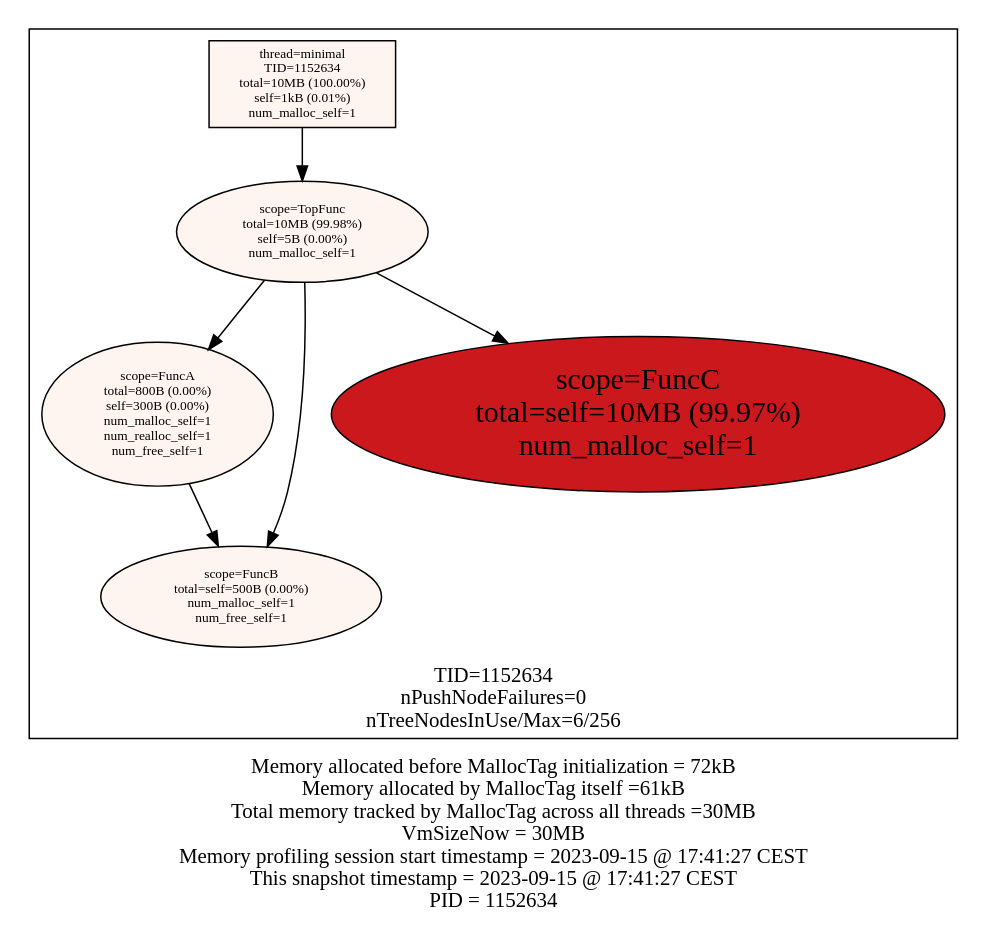
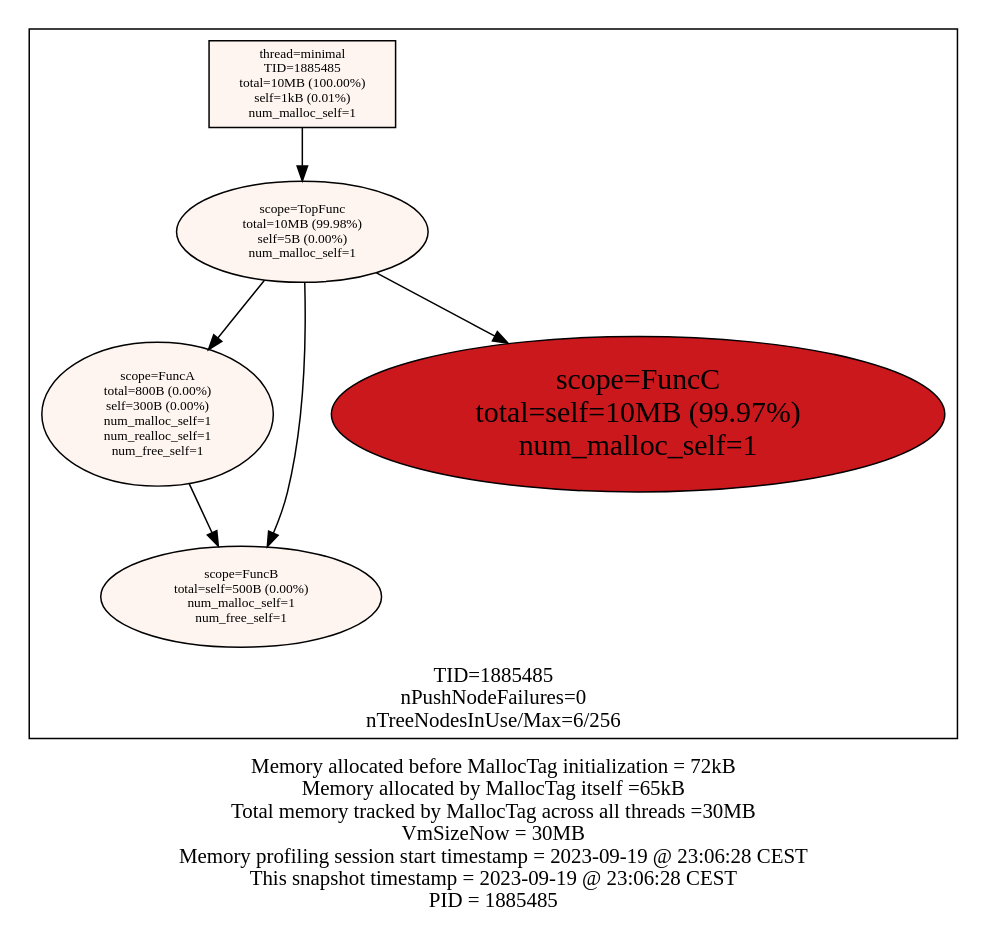
One commit to f18m/malloc-tag changed the diagram in examples/minimal/minimal_stats.dot. Above: the diagram before and after it, drawn with Graphviz. The commit also changed 22 other files, not shown here.

```diff
--- a/examples/minimal/minimal_stats.dot
+++ b/examples/minimal/minimal_stats.dot
@@ -1,22 +1,22 @@
 digraph MallocTree {
  node [colorscheme=reds9 style=filled]
- subgraph cluster_TID1152634 {
+ subgraph cluster_TID1885485 {
   node [colorscheme=reds9 style=filled]
   labelloc="b"
-  label="TID=1152634\nnPushNodeFailures=0\nnTreeNodesInUse/Max=6/256\n"
-  "1152634_minimal" [label="thread=minimal\nTID=1152634\ntotal=10MB (100.00%)\nself=1kB (0.01%)\nnum_malloc_self=1" shape=box fillcolor=1 fontsize=9]
-  "1152634_minimal" -> "1152634_TopFunc"
-  "1152634_TopFunc" [label="scope=TopFunc\ntotal=10MB (99.98%)\nself=5B (0.00%)\nnum_malloc_self=1" fillcolor=1 fontsize=9]
-  "1152634_TopFunc" -> "1152634_FuncA"
-  "1152634_TopFunc" -> "1152634_FuncB"
-  "1152634_TopFunc" -> "1152634_FuncC"
-  "1152634_FuncA" [label="scope=FuncA\ntotal=800B (0.00%)\nself=300B (0.00%)\nnum_malloc_self=1\nnum_realloc_self=1\nnum_free_self=1" fillcolor=1 fontsize=9]
-  "1152634_FuncA" -> "1152634_FuncB"
-  "1152634_FuncB" [label="scope=FuncB\ntotal=self=500B (0.00%)\nnum_malloc_self=1\nnum_free_self=1" fillcolor=1 fontsize=9]
-  "1152634_FuncB" [label="scope=FuncB\ntotal=self=500B (0.00%)\nnum_malloc_self=1\nnum_free_self=1" fillcolor=1 fontsize=9]
-  "1152634_FuncC" [label="scope=FuncC\ntotal=self=10MB (99.97%)\nnum_malloc_self=1" fillcolor=7 fontsize=20]
+  label="TID=1885485\nnPushNodeFailures=0\nnTreeNodesInUse/Max=6/256\n"
+  "1885485_minimal" [label="thread=minimal\nTID=1885485\ntotal=10MB (100.00%)\nself=1kB (0.01%)\nnum_malloc_self=1" shape=box fillcolor=1 fontsize=9]
+  "1885485_minimal" -> "1885485_TopFunc"
+  "1885485_TopFunc" [label="scope=TopFunc\ntotal=10MB (99.98%)\nself=5B (0.00%)\nnum_malloc_self=1" fillcolor=1 fontsize=9]
+  "1885485_TopFunc" -> "1885485_FuncA"
+  "1885485_TopFunc" -> "1885485_FuncB"
+  "1885485_TopFunc" -> "1885485_FuncC"
+  "1885485_FuncA" [label="scope=FuncA\ntotal=800B (0.00%)\nself=300B (0.00%)\nnum_malloc_self=1\nnum_realloc_self=1\nnum_free_self=1" fillcolor=1 fontsize=9]
+  "1885485_FuncA" -> "1885485_FuncB"
+  "1885485_FuncB" [label="scope=FuncB\ntotal=self=500B (0.00%)\nnum_malloc_self=1\nnum_free_self=1" fillcolor=1 fontsize=9]
+  "1885485_FuncB" [label="scope=FuncB\ntotal=self=500B (0.00%)\nnum_malloc_self=1\nnum_free_self=1" fillcolor=1 fontsize=9]
+  "1885485_FuncC" [label="scope=FuncC\ntotal=self=10MB (99.97%)\nnum_malloc_self=1" fillcolor=7 fontsize=20]
  }
 
  labelloc="b"
- label="Memory allocated before MallocTag initialization = 72kB\nMemory allocated by MallocTag itself =61kB\nTotal memory tracked by MallocTag across all threads =30MB\nVmSizeNow = 30MB\nMemory profiling session start timestamp = 2023-09-15 @ 17:41:27 CEST\nThis snapshot timestamp = 2023-09-15 @ 17:41:27 CEST\nPID = 1152634\n"
+ label="Memory allocated before MallocTag initialization = 72kB\nMemory allocated by MallocTag itself =65kB\nTotal memory tracked by MallocTag across all threads =30MB\nVmSizeNow = 30MB\nMemory profiling session start timestamp = 2023-09-19 @ 23:06:28 CEST\nThis snapshot timestamp = 2023-09-19 @ 23:06:28 CEST\nPID = 1885485\n"
 }
```
